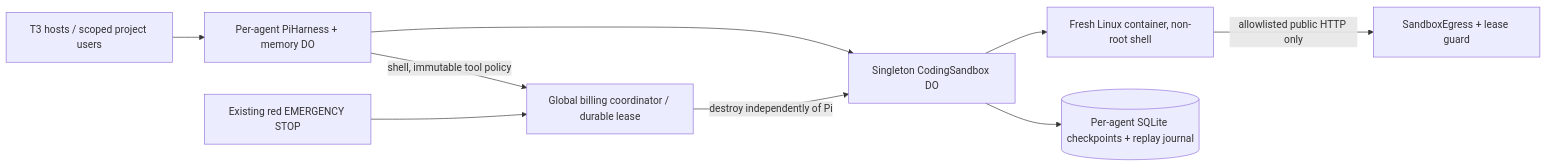
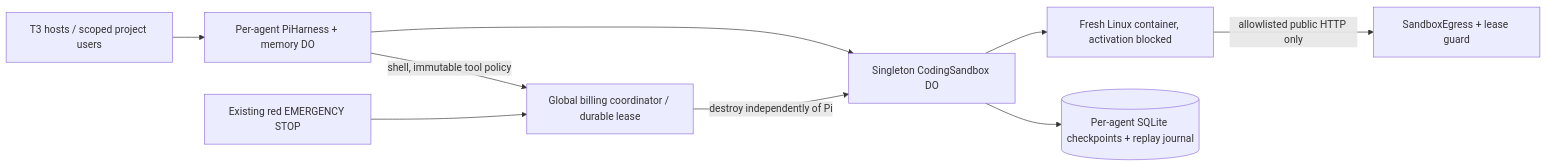
One commit to cd-slash/durable-agent-memory changed the diagram in docs/SANDBOX.md. Above: the diagram before and after it, drawn with Mermaid. The commit also changed other lines of this file and 10 other files, not shown here.

Commit message:
fix: block sandbox activation on native capability mismatch

````diff
--- a/docs/SANDBOX.md
+++ b/docs/SANDBOX.md
@@ -7,11 +9,11 @@
 ```mermaid
 flowchart LR
   T3[T3 hosts / scoped project users] --> Agent[Per-agent PiHarness + memory DO]
   Agent -->|shell, immutable tool policy| Gate[Global billing coordinator / durable lease]
   Agent --> Sandbox[Singleton CodingSandbox DO]
-  Sandbox --> Linux[Fresh Linux container, non-root shell]
+  Sandbox --> Linux[Fresh Linux container, activation blocked]
   Linux -->|allowlisted public HTTP only| Proxy[SandboxEgress + lease guard]
   Sandbox --> DB[(Per-agent SQLite checkpoints + replay journal)]
   Stop[Existing red EMERGENCY STOP] --> Gate
   Gate -->|destroy independently of Pi| Sandbox
 ```
````
